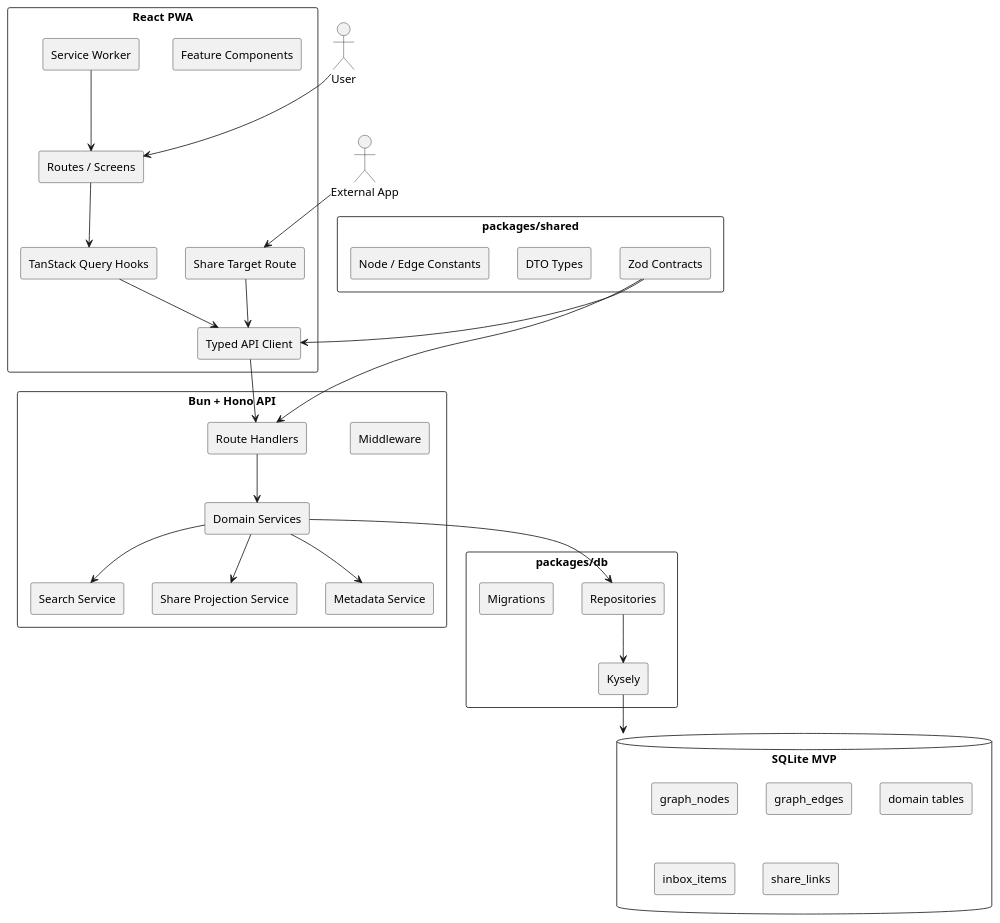
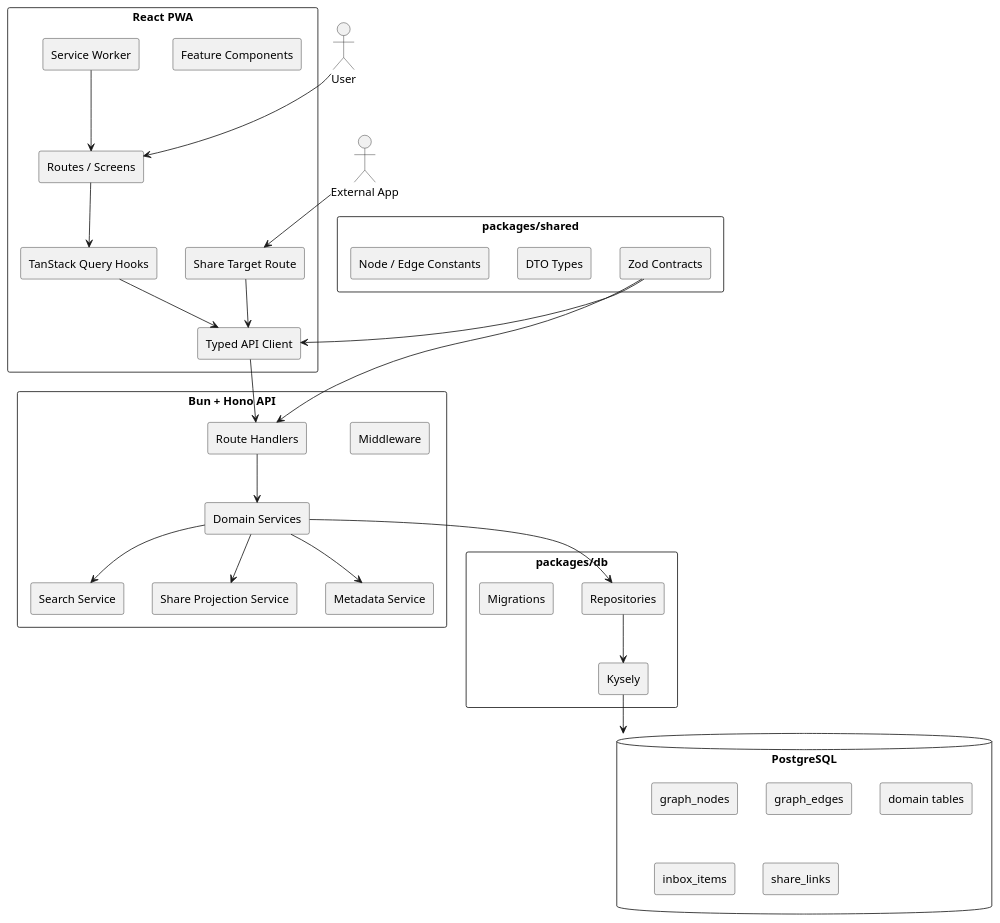
One commit to wudong/tt-learning-library changed the first of 2 diagrams in docs/TECH.md. Above: the diagram before and after it, drawn with PlantUML. The commit also changed other lines of this file and 59 other files, not shown here.

````diff
--- a/docs/TECH.md
+++ b/docs/TECH.md
@@ -55,63 +55,63 @@
 ```plantuml
 @startuml
 skinparam componentStyle rectangle
 
 actor User
 actor "External App" as External
 
 rectangle "React PWA" {
   [Routes / Screens]
   [Feature Components]
   [TanStack Query Hooks]
   [Typed API Client]
   [Service Worker]
   [Share Target Route]
 }
 
 rectangle "Bun + Hono API" {
   [Middleware]
   [Route Handlers]
   [Domain Services]
   [Search Service]
   [Share Projection Service]
   [Metadata Service]
 }
 
 rectangle "packages/shared" {
   [Zod Contracts]
   [DTO Types]
   [Node / Edge Constants]
 }
 
 rectangle "packages/db" {
   [Kysely]
   [Repositories]
   [Migrations]
 }
 
-database "SQLite MVP" {
+database "PostgreSQL" {
   [graph_nodes]
   [graph_edges]
   [domain tables]
   [inbox_items]
   [share_links]
 }
 
 User --> [Routes / Screens]
 External --> [Share Target Route]
 [Share Target Route] --> [Typed API Client]
 [Routes / Screens] --> [TanStack Query Hooks]
 [TanStack Query Hooks] --> [Typed API Client]
 [Typed API Client] --> [Route Handlers]
 [Zod Contracts] --> [Typed API Client]
 [Zod Contracts] --> [Route Handlers]
 [Route Handlers] --> [Domain Services]
 [Domain Services] --> [Search Service]
 [Domain Services] --> [Share Projection Service]
 [Domain Services] --> [Metadata Service]
 [Domain Services] --> [Repositories]
 [Repositories] --> [Kysely]
-[Kysely] --> "SQLite MVP"
+[Kysely] --> "PostgreSQL"
 [Service Worker] --> [Routes / Screens]
 @enduml
 ```
````
